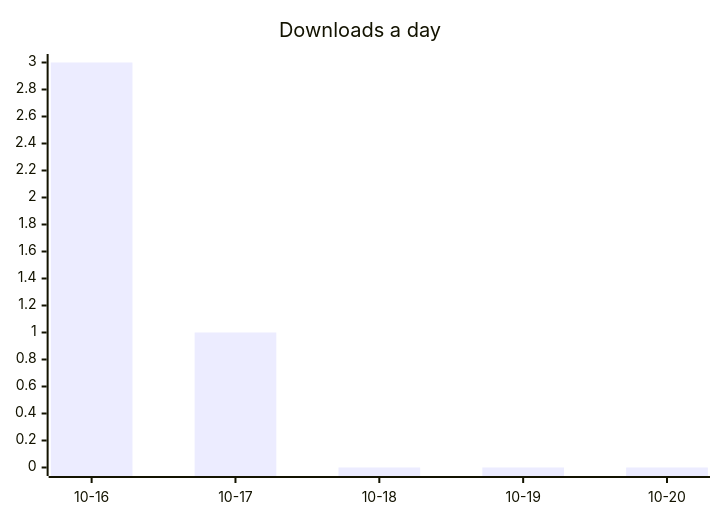
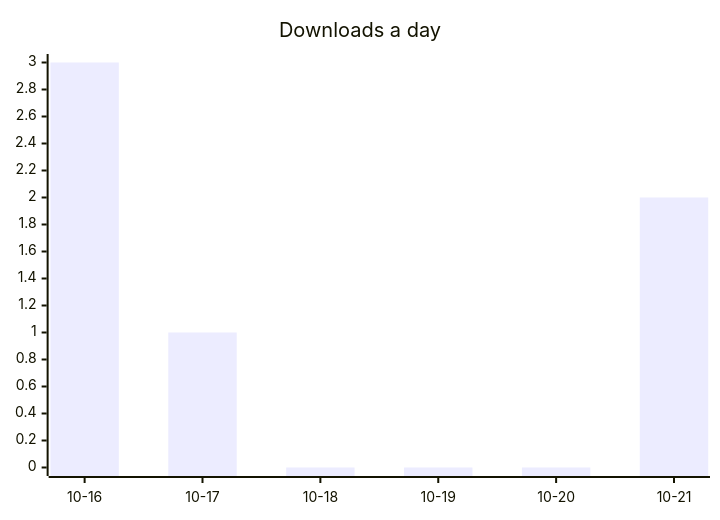
Before and after one commit to ArtemkaGoldMan/ContextSwitcher: the first of 2 diagrams in README.md, drawn with Mermaid. The commit also changed other lines of this file and 5 other files, not shown here.

````diff
--- a/README.md
+++ b/README.md
@@ -29,6 +29,6 @@
 ```mermaid
 xychart-beta
     title "Downloads a day"
-    x-axis ["10-16", "10-17", "10-18", "10-19", "10-20"]
-    bar [3, 1, 0, 0, 0]
+    x-axis ["10-16", "10-17", "10-18", "10-19", "10-20", "10-21"]
+    bar [3, 1, 0, 0, 0, 2]
 ```
````
